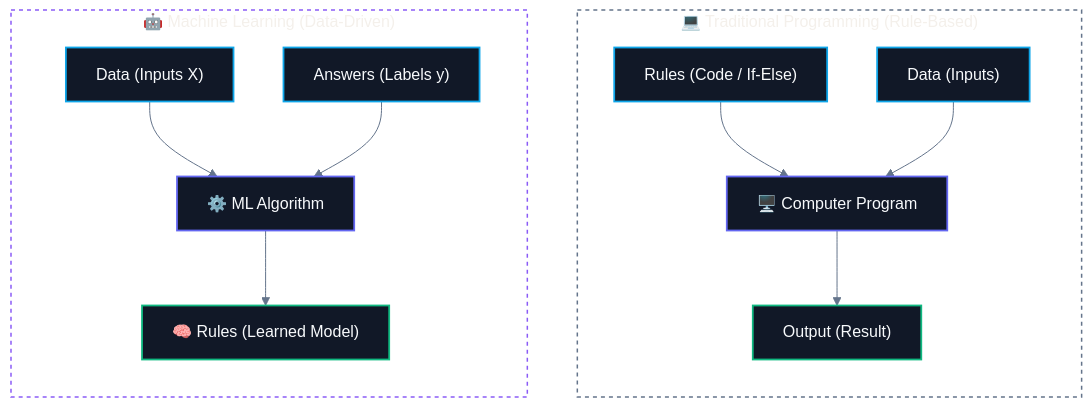
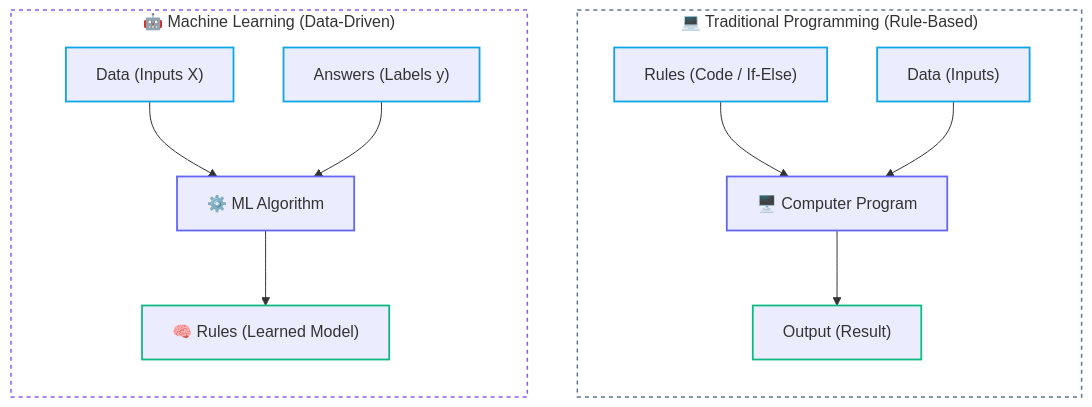
Before and after one commit to abhinavbharti2345/CS_Notes: the third of 3 diagrams in CS/AI & ML/01. Classical ML/01. Introduction to Machine Learning.md, drawn with Mermaid. The commit also changed other lines of this file and 91 other files, not shown here.

````diff
--- a/CS/AI & ML/01. Classical ML/01. Introduction to Machine Learning.md
+++ b/CS/AI & ML/01. Classical ML/01. Introduction to Machine Learning.md
@@ -129,24 +127,23 @@
 ```mermaid
-%%{init: {'theme': 'base', 'themeVariables': { 'darkMode': true, 'background': '#0B0F14', 'mainBkg': '#111827', 'primaryColor': '#111827', 'primaryTextColor': '#F8FAFC', 'primaryBorderColor': '#38BDF8', 'lineColor': '#64748B', 'secondaryColor': '#0B0F14', 'tertiaryColor': '#0B0F14', 'clusterBkg': '#0B0F14', 'clusterBorder': '#38BDF8' }}}%%
 flowchart TD
     subgraph Traditional["💻 Traditional Programming (Rule-Based)"]
         direction TD
         Rules["Rules (Code / If-Else)"] & Data1["Data (Inputs)"] --> Program["🖥️ Computer Program"] --> Output["Output (Result)"]
     end
 
     subgraph ML["🤖 Machine Learning (Data-Driven)"]
         direction TD
         Data2["Data (Inputs X)"] & Answers["Answers (Labels y)"] --> Algo["⚙️ ML Algorithm"] --> ModelOut["🧠 Rules (Learned Model)"]
     end
 
     style Traditional fill:none,stroke:#64748b,stroke-width:1.5px,stroke-dasharray:4 4
     style ML fill:none,stroke:#8b5cf6,stroke-width:1.5px,stroke-dasharray:4 4
 
-    classDef inputNode fill:#111827,stroke:#0ea5e9,stroke-width:1.8px,color:#F8FAFC;
-    classDef procNode fill:#111827,stroke:#6366f1,stroke-width:1.8px,color:#F8FAFC;
-    classDef outNode fill:#111827,stroke:#10b981,stroke-width:1.8px,color:#F8FAFC;
+    classDef inputNode stroke:#0ea5e9,stroke-width:1.8px;
+    classDef procNode stroke:#6366f1,stroke-width:1.8px;
+    classDef outNode stroke:#10b981,stroke-width:1.8px;
 
     class Rules,Data1,Data2,Answers inputNode;
     class Program,Algo procNode;
     class Output,ModelOut outNode;
 ```
````
